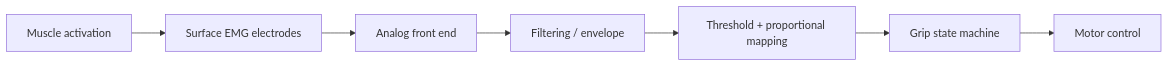
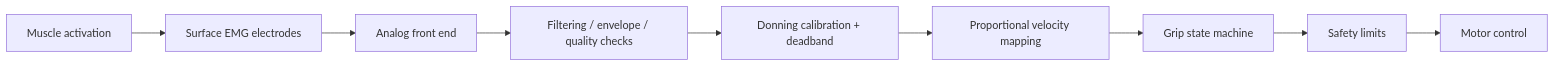
Before and after one commit to heisqasim/Robotic-Arm-Hand: the diagram in docs/CONTROL_EMG.md, drawn with Mermaid. The commit also changed other lines of this file, not shown here.

Commit message:
Update intent control with velocity mapping and sensing fallback

````diff
--- a/docs/CONTROL_EMG.md
+++ b/docs/CONTROL_EMG.md
@@ -21,9 +31,11 @@
 ```mermaid
 flowchart LR
     M[Muscle activation] --> E[Surface EMG electrodes]
     E --> A[Analog front end]
-    A --> F[Filtering / envelope]
-    F --> T[Threshold + proportional mapping]
+    A --> F[Filtering / envelope / quality checks]
+    F --> CAL[Donning calibration + deadband]
+    CAL --> T[Proportional velocity mapping]
     T --> G[Grip state machine]
-    G --> MC[Motor control]
+    G --> SAFE[Safety limits]
+    SAFE --> MC[Motor control]
 ```
````
